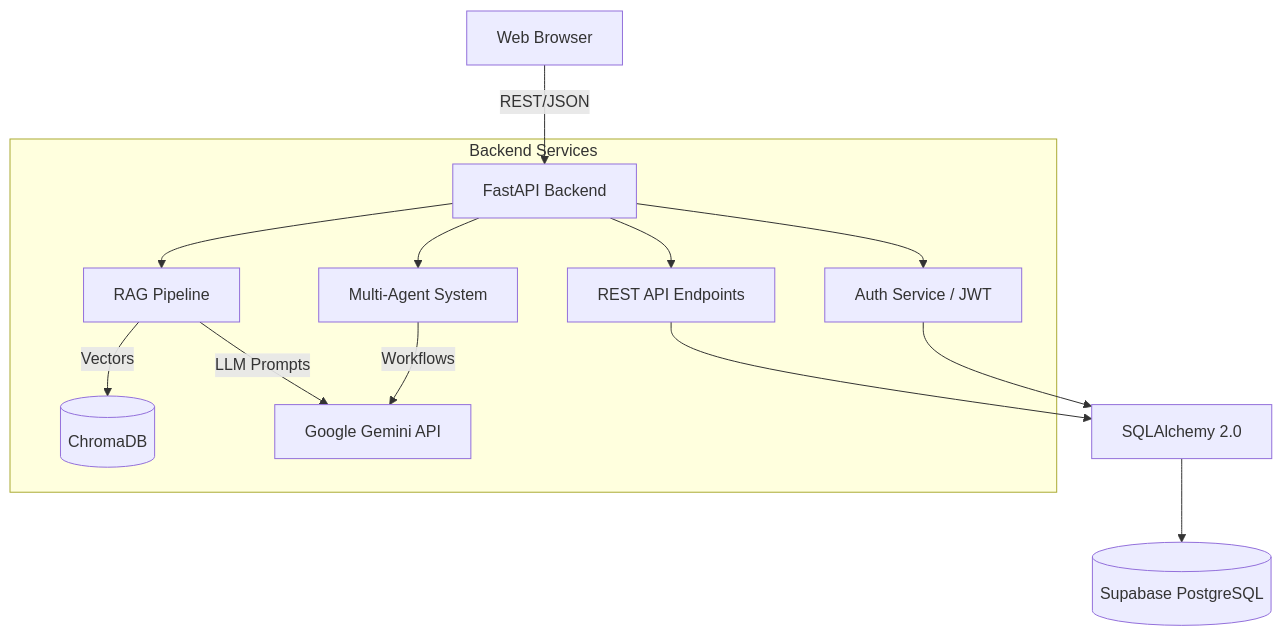
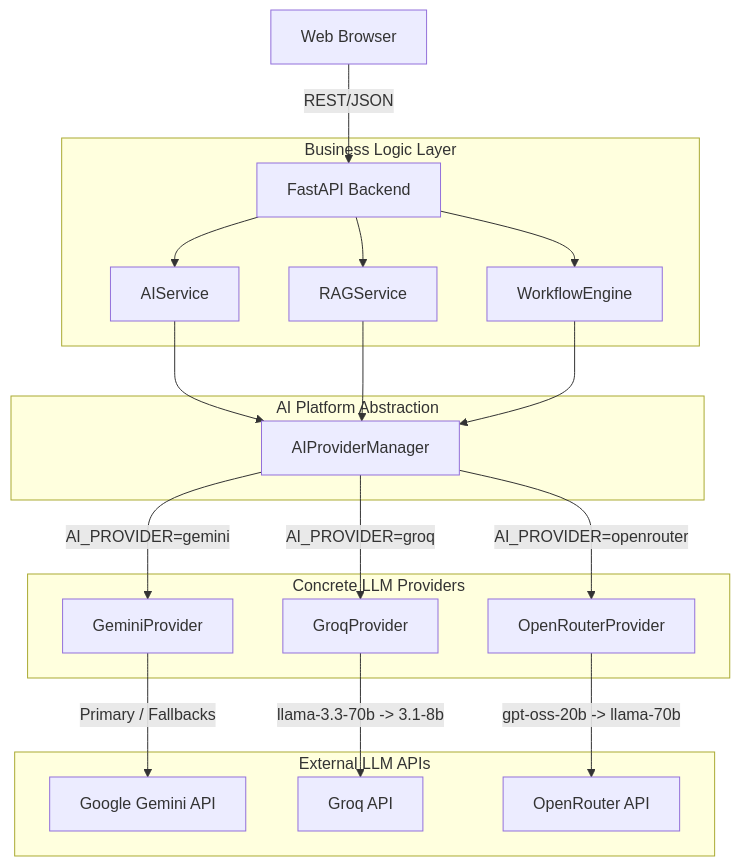
One commit to ShaikSohel1/ai-learning-management-platform changed the diagram in README.md. Above: the diagram before and after it, drawn with Mermaid. The commit also changed other lines of this file and 41 other files, not shown here.

Commit message:
feat: implement multi-provider AI architecture with Groq and Gemini failover

````diff
--- a/README.md
+++ b/README.md
@@ -45,20 +49,28 @@
 ```mermaid
 graph TD
     Client[Web Browser] -->|REST/JSON| FastAPI[FastAPI Backend]
     
-    subgraph Backend Services
-        FastAPI --> Auth[Auth Service / JWT]
-        FastAPI --> API[REST API Endpoints]
-        FastAPI --> RAG[RAG Pipeline]
-        FastAPI --> Agents[Multi-Agent System]
-    
-        RAG -->|Vectors| Chroma[(ChromaDB)]
-        RAG -->|LLM Prompts| Gemini[Google Gemini API]
-        Agents -->|Workflows| Gemini
+    subgraph Business Logic Layer
+        FastAPI --> AIService[AIService]
+        FastAPI --> RAGService[RAGService]
+        FastAPI --> WorkflowEngine[WorkflowEngine]
+    end
+
+    subgraph AI Platform Abstraction
+        AIService --> ProviderManager[AIProviderManager]
+        RAGService --> ProviderManager
+        WorkflowEngine --> ProviderManager
     end
     
-    API --> ORM[SQLAlchemy 2.0]
-    Auth --> ORM
-    
-    ORM --> Supabase[(Supabase PostgreSQL)]
+    subgraph Concrete LLM Providers
+        ProviderManager -->|AI_PROVIDER=gemini| GeminiProvider[GeminiProvider]
+        ProviderManager -->|AI_PROVIDER=groq| GroqProvider[GroqProvider]
+        ProviderManager -->|AI_PROVIDER=openrouter| OpenRouterProvider[OpenRouterProvider]
+    end
+
+    subgraph External LLM APIs
+        GeminiProvider -->|Primary / Fallbacks| GeminiAPI[Google Gemini API]
+        GroqProvider -->|llama-3.3-70b -> 3.1-8b| GroqAPI[Groq API]
+        OpenRouterProvider -->|gpt-oss-20b -> llama-70b| OpenRouterAPI[OpenRouter API]
+    end
 ```
````
